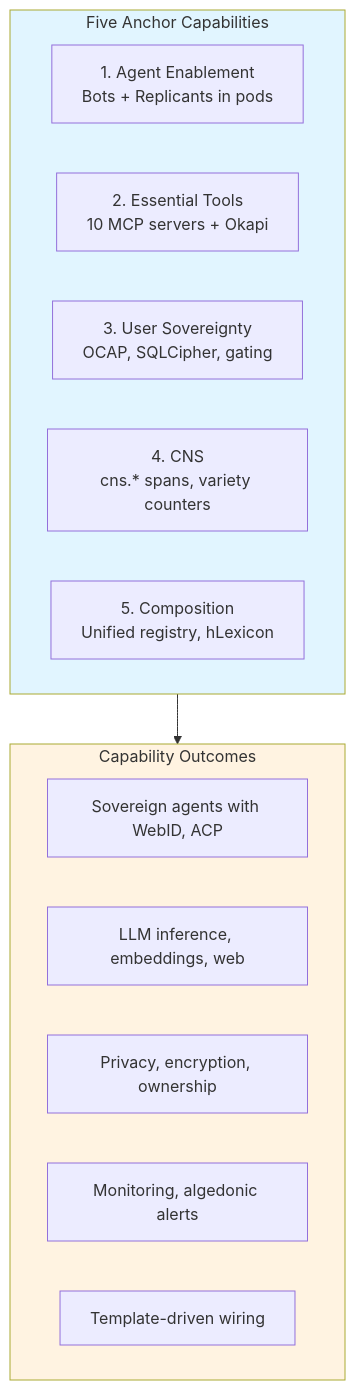
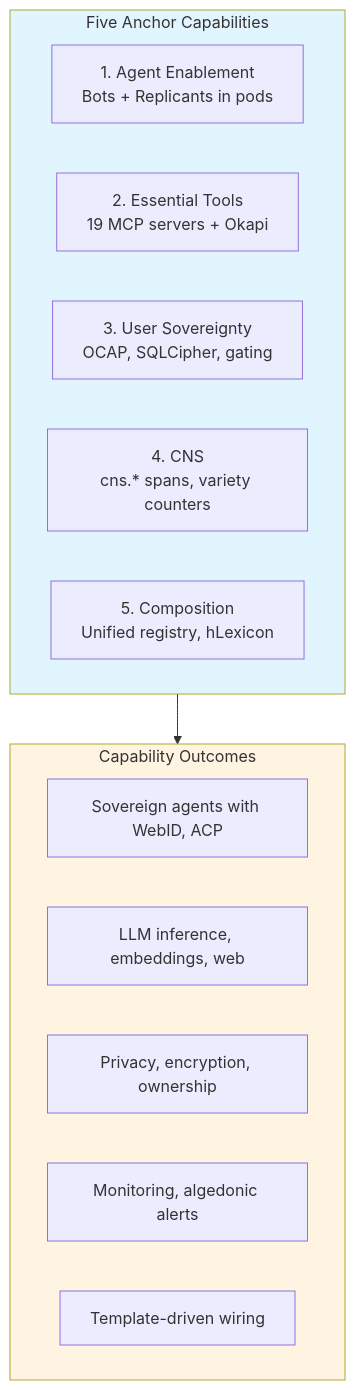
One commit to mdz-axo/hKask changed the first of 2 diagrams in docs/architecture/PRINCIPLES.md. Above: the diagram before and after it, drawn with Mermaid. The commit also changed other lines of this file and 43 other files, not shown here.

````diff
--- a/docs/architecture/PRINCIPLES.md
+++ b/docs/architecture/PRINCIPLES.md
@@ -29,23 +29,23 @@
 ```mermaid
 graph TD
     subgraph Anchors[Five Anchor Capabilities]
         A1[1. Agent Enablement<br/>Bots + Replicants in pods]
-        A2[2. Essential Tools<br/>10 MCP servers + Okapi]
+        A2[2. Essential Tools<br/>19 MCP servers + Okapi]
         A3[3. User Sovereignty<br/>OCAP, SQLCipher, gating]
         A4[4. CNS<br/>cns.* spans, variety counters]
         A5[5. Composition<br/>Unified registry, hLexicon]
     end
     
     subgraph Outcomes[Capability Outcomes]
         O1[Sovereign agents with WebID, ACP]
         O2[LLM inference, embeddings, web]
         O3[Privacy, encryption, ownership]
         O4[Monitoring, algedonic alerts]
         O5[Template-driven wiring]
     end
     
     Anchors --> Outcomes
     
     style Anchors fill:#e1f5ff
     style Outcomes fill:#fff3e1
 ```
````
